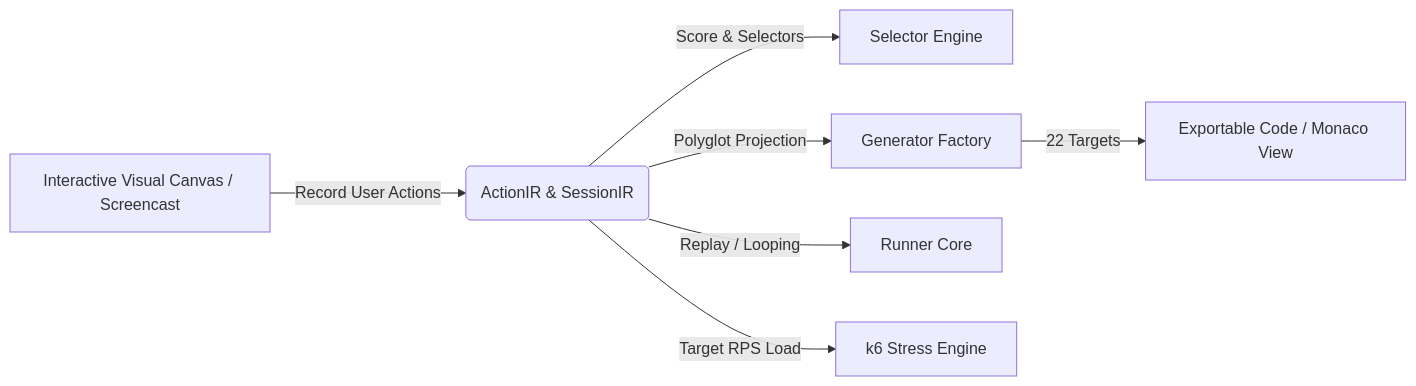
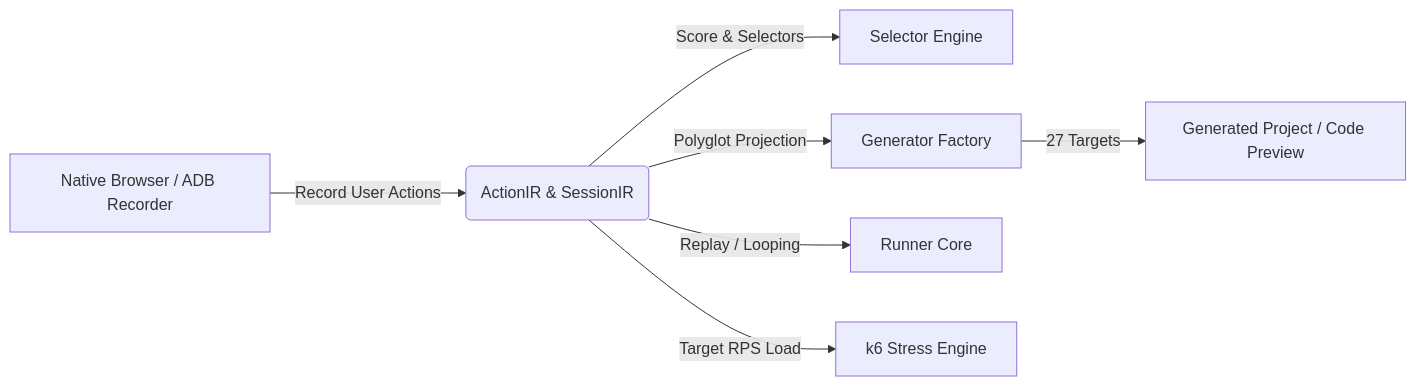
One commit to Adrian463588/AutomatePlus changed the diagram in README.md. Above: the diagram before and after it, drawn with Mermaid. The commit also changed other lines of this file and 135 other files, not shown here.

````diff
--- a/README.md
+++ b/README.md
@@ -151,9 +163,9 @@
 ```mermaid
 flowchart LR
-    A[Interactive Visual Canvas / Screencast] -->|Record User Actions| B(ActionIR & SessionIR)
+    A[Native Browser / ADB Recorder] -->|Record User Actions| B(ActionIR & SessionIR)
     B -->|Score & Selectors| C[Selector Engine]
     B -->|Polyglot Projection| D[Generator Factory]
-    D -->|22 Targets| E[Exportable Code / Monaco View]
+    D -->|27 Targets| E[Generated Project / Code Preview]
     B -->|Replay / Looping| F[Runner Core]
     B -->|Target RPS Load| G[k6 Stress Engine]
 ```
````
